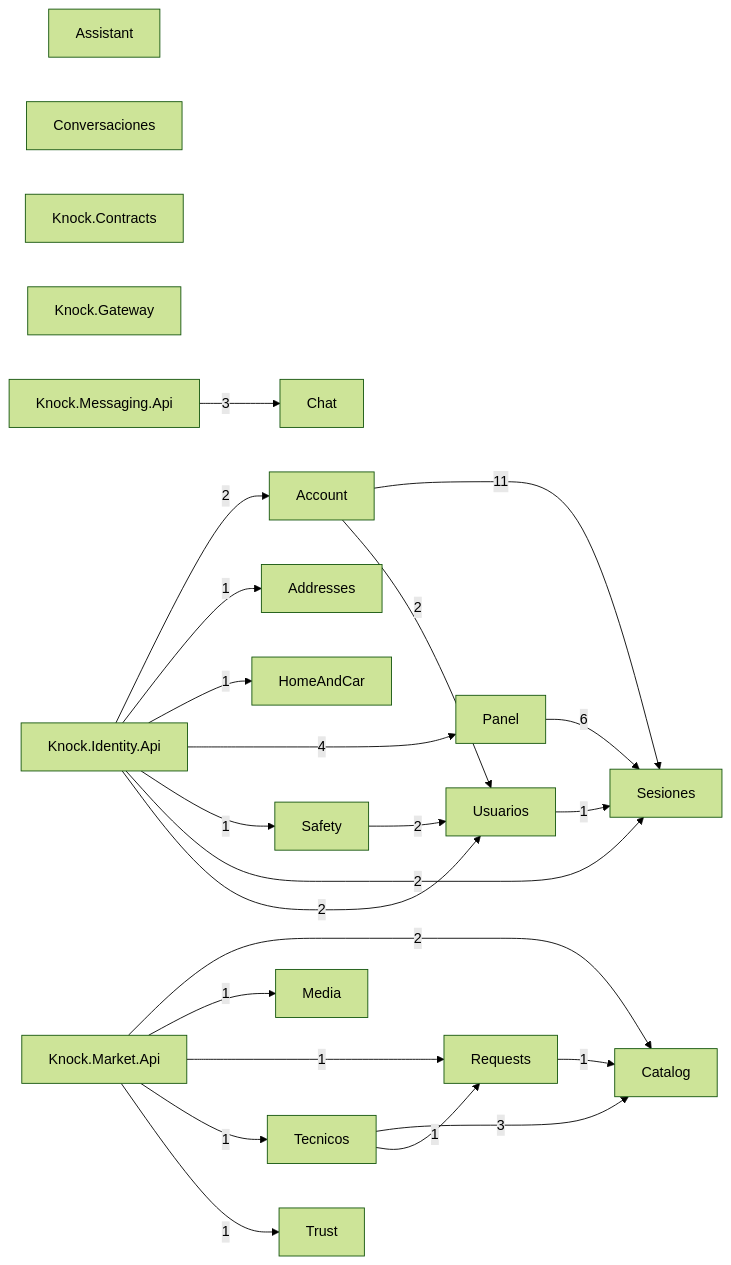
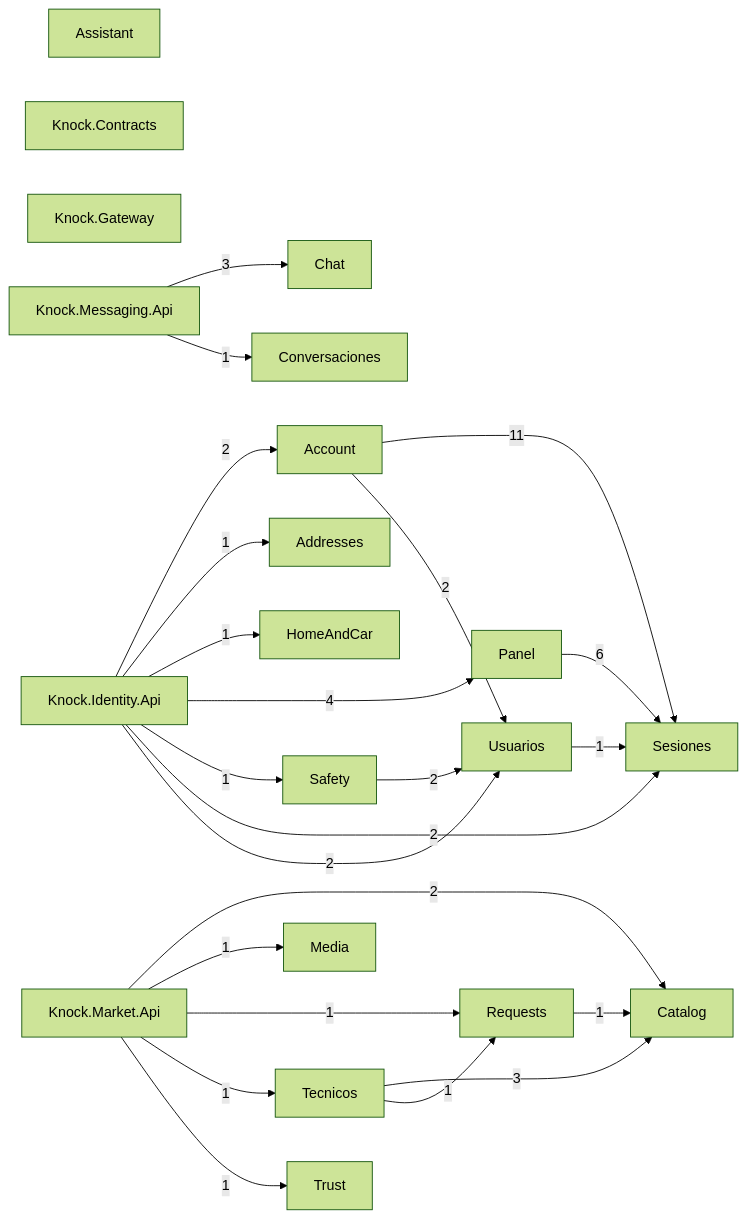
The diagram in docs/architecture/modules.mmd (Tensei-Devs/knock-backend), drawn with Mermaid (forest theme) before and after one commit. The commit also changed 7 other files, not shown here.

Commit message:
refactor(messaging): move the domain exception handler into the conversations module (KNOCK-72)

```diff
--- a/docs/architecture/modules.mmd
+++ b/docs/architecture/modules.mmd
@@ -1,42 +1,43 @@
 graph LR
   Account["Account"]
   Addresses["Addresses"]
   Assistant["Assistant"]
   Catalog["Catalog"]
   Chat["Chat"]
   Conversaciones["Conversaciones"]
   HomeAndCar["HomeAndCar"]
   Knock_Contracts["Knock.Contracts"]
   Knock_Gateway["Knock.Gateway"]
   Knock_Identity_Api["Knock.Identity.Api"]
   Knock_Market_Api["Knock.Market.Api"]
   Knock_Messaging_Api["Knock.Messaging.Api"]
   Media["Media"]
   Panel["Panel"]
   Requests["Requests"]
   Safety["Safety"]
   Sesiones["Sesiones"]
   Tecnicos["Tecnicos"]
   Trust["Trust"]
   Usuarios["Usuarios"]
   Account -->|11| Sesiones
   Account -->|2| Usuarios
   Knock_Identity_Api -->|2| Account
   Knock_Identity_Api -->|1| Addresses
   Knock_Identity_Api -->|1| HomeAndCar
   Knock_Identity_Api -->|4| Panel
   Knock_Identity_Api -->|1| Safety
   Knock_Identity_Api -->|2| Sesiones
   Knock_Identity_Api -->|2| Usuarios
   Knock_Market_Api -->|2| Catalog
   Knock_Market_Api -->|1| Media
   Knock_Market_Api -->|1| Requests
   Knock_Market_Api -->|1| Tecnicos
   Knock_Market_Api -->|1| Trust
   Knock_Messaging_Api -->|3| Chat
+  Knock_Messaging_Api -->|1| Conversaciones
   Panel -->|6| Sesiones
   Requests -->|1| Catalog
   Safety -->|2| Usuarios
   Tecnicos -->|3| Catalog
   Tecnicos -->|1| Requests
   Usuarios -->|1| Sesiones
```
